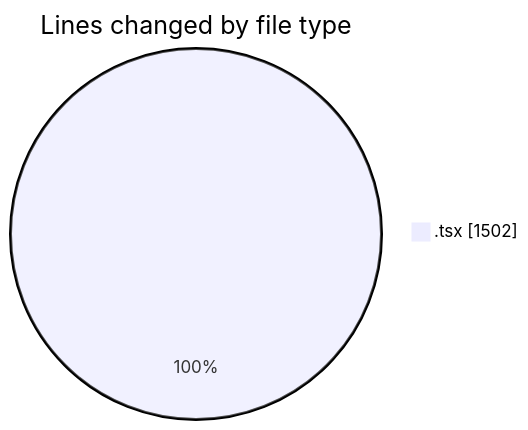
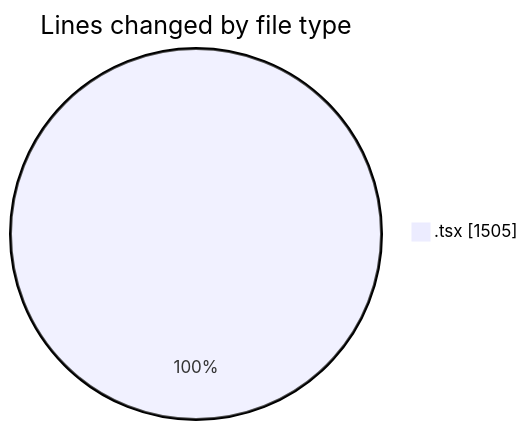
One commit to nxtqubesakshisongat/code-tracking changed the first of 2 diagrams in 2026-06-23/nxtqube_webapp/README.md. Above: the diagram before and after it, drawn with Mermaid. The commit also changed other lines of this file and 1 other file, not shown here.

````diff
--- a/2026-06-23/nxtqube_webapp/README.md
+++ b/2026-06-23/nxtqube_webapp/README.md
@@ -20,5 +20,5 @@
 ```mermaid
 pie showData
 title Lines changed by file type
-".tsx" : 1502
+".tsx" : 1505
 ```
````
